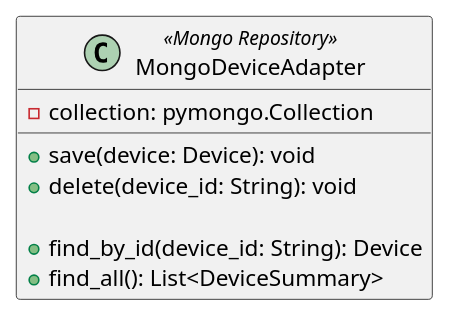
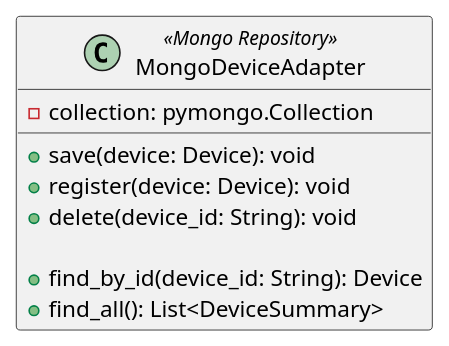
Before and after one commit to GroupRubberDuck/Documentazione: the diagram in src/PB/DocumentazioneEsterna/Specifica_Tecnica/content/uml/puml/Diagrammi_classi/Backend/OutboundAdapters/MongoDeviceAdapter.puml, drawn with PlantUML. The commit also changed 19 other files, not shown here.

```diff
--- a/src/PB/DocumentazioneEsterna/Specifica_Tecnica/content/uml/puml/Diagrammi_classi/Backend/OutboundAdapters/MongoDeviceAdapter.puml
+++ b/src/PB/DocumentazioneEsterna/Specifica_Tecnica/content/uml/puml/Diagrammi_classi/Backend/OutboundAdapters/MongoDeviceAdapter.puml
@@ -1,12 +1,13 @@
 @startuml MongoDeviceAdapter
 
 class MongoDeviceAdapter <<Mongo Repository>> {
     - collection: pymongo.Collection
     + save(device: Device): void
+    + register(device: Device): void
     + delete(device_id: String): void
 
     + find_by_id(device_id: String): Device
     + find_all(): List<DeviceSummary>
 }
 
 @enduml
```
